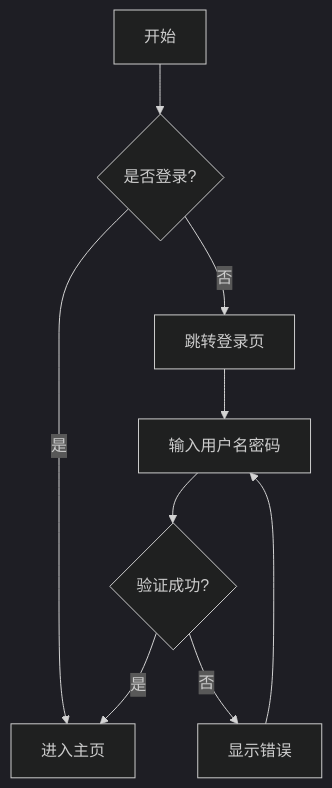
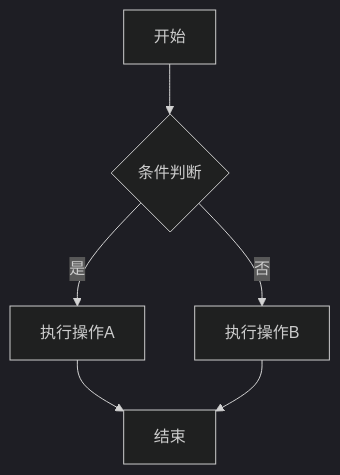
Before and after one commit to souloss/astro-minimax: the first of 12 diagrams in packages/cli/template/src/data/blog/zh/mermaid-examples.md, drawn with Mermaid (dark theme). The commit also changed other lines of this file and 23 other files, not shown here.

````diff
--- a/packages/cli/template/src/data/blog/zh/mermaid-examples.md
+++ b/packages/cli/template/src/data/blog/zh/mermaid-examples.md
@@ -13,11 +20,8 @@
 ```mermaid
-graph TD
-    A[开始] --> B{是否登录?}
-    B -->|是| C[进入主页]
-    B -->|否| D[跳转登录页]
-    D --> E[输入用户名密码]
-    E --> F{验证成功?}
-    F -->|是| C
-    F -->|否| G[显示错误]
-    G --> E
+flowchart TD
+    A[开始] --> B{条件判断}
+    B -->|是| C[执行操作A]
+    B -->|否| D[执行操作B]
+    C --> E[结束]
+    D --> E
 ```
````
